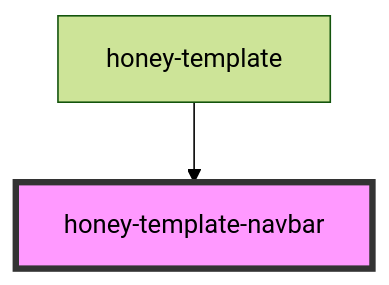
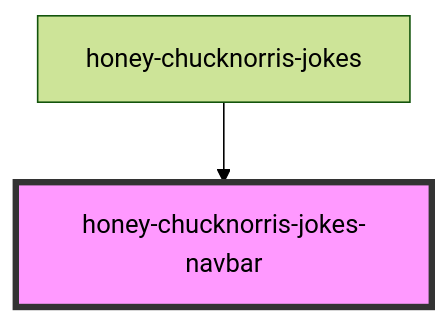
Before and after one commit to Huluvu424242/honey-chucknorris-jokes: the diagram in src/components/honey-news/snippets/readme.md, drawn with Mermaid (forest theme). The commit also changed other lines of this file and 20 other files, not shown here.

````diff
--- a/src/components/honey-news/snippets/readme.md
+++ b/src/components/honey-news/snippets/readme.md
@@ -15,5 +15,5 @@
 ```mermaid
 graph TD;
-  honey-template --> honey-template-navbar
-  style honey-template-navbar fill:#f9f,stroke:#333,stroke-width:4px
+  honey-chucknorris-jokes --> honey-chucknorris-jokes-navbar
+  style honey-chucknorris-jokes-navbar fill:#f9f,stroke:#333,stroke-width:4px
 ```
````
